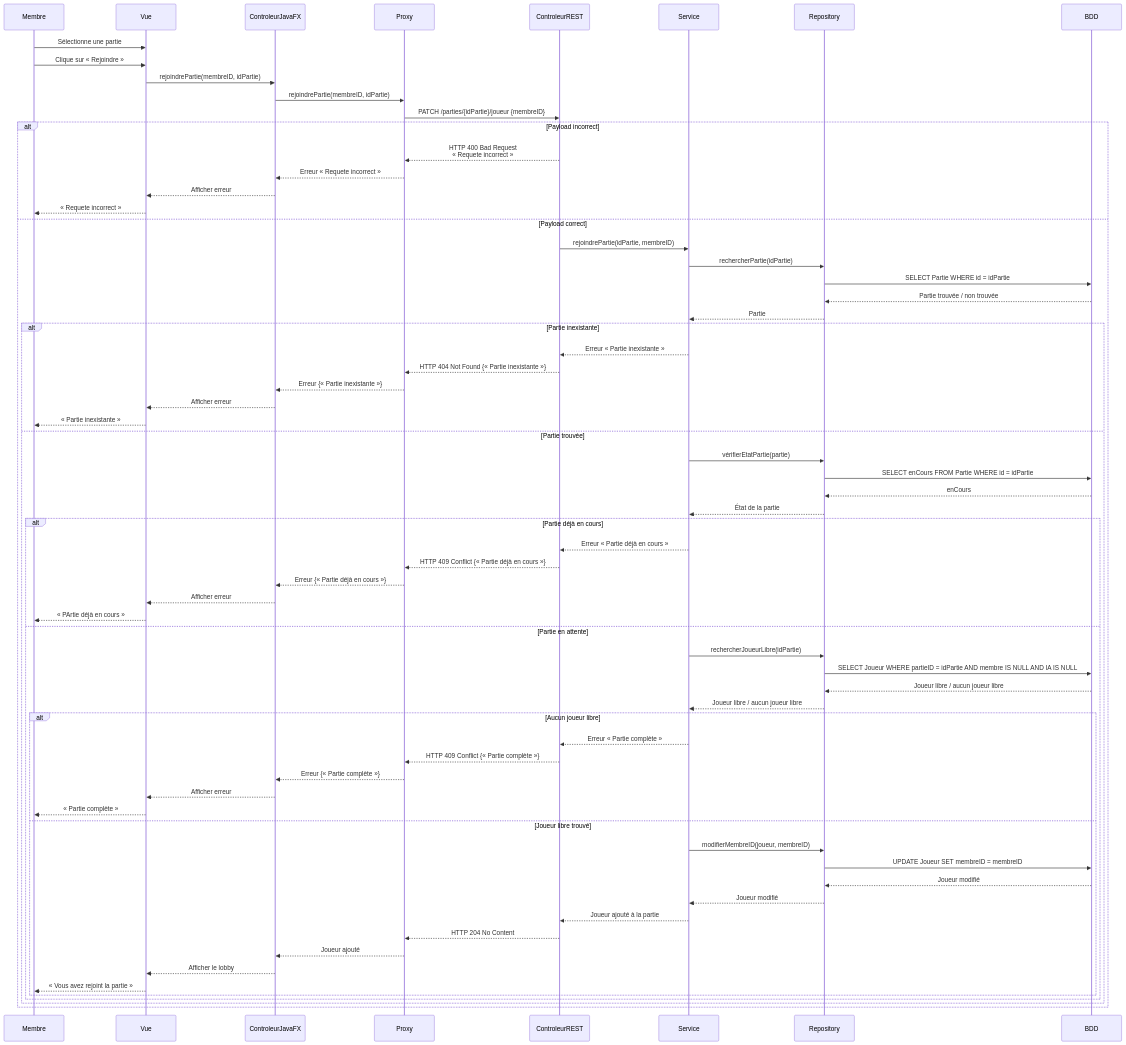
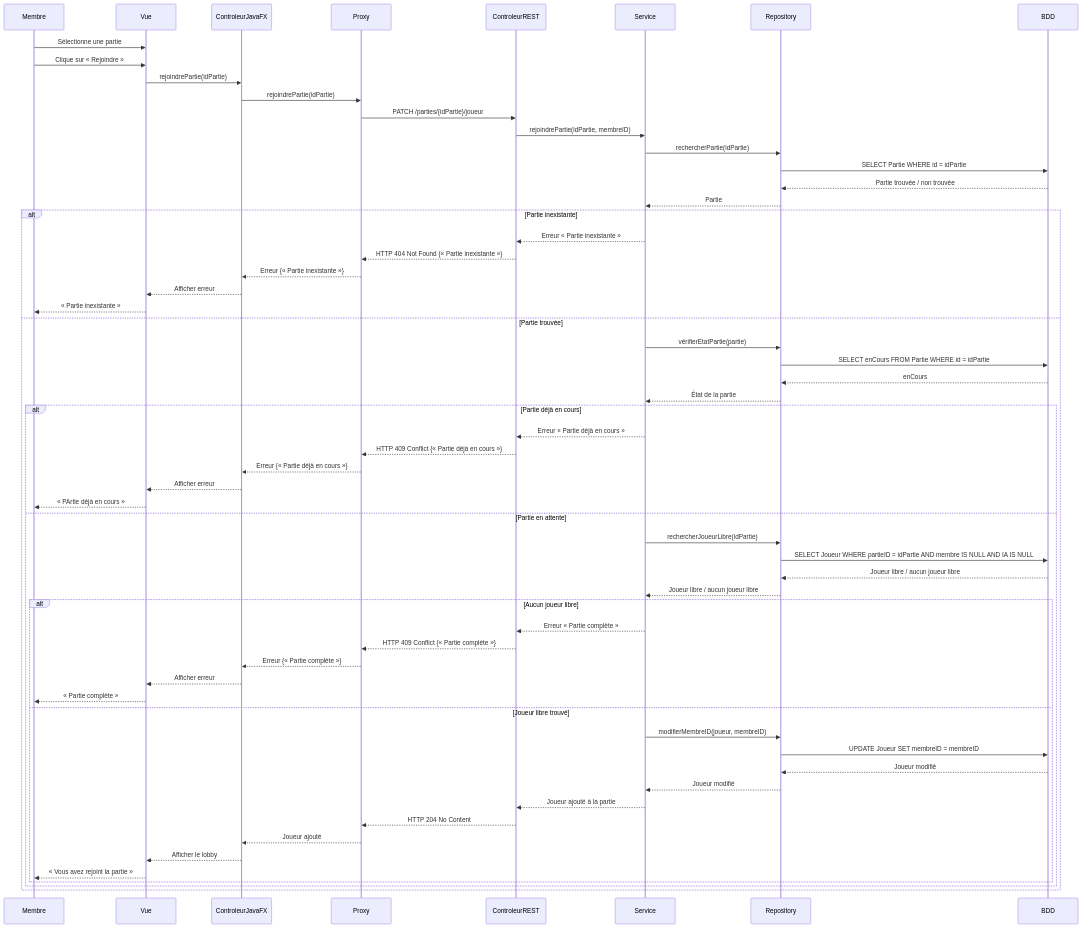
The diagram in Conception/diagrammes-sequence/rejoindre_partie.mmd (AbdelkaderCms/skull-groupe-2), drawn with Mermaid before and after one commit.

Commit message:
rejoindre_partie.mmd

```diff
--- a/Conception/diagrammes-sequence/rejoindre_partie.mmd
+++ b/Conception/diagrammes-sequence/rejoindre_partie.mmd
@@ -1,79 +1,71 @@
 sequenceDiagram
     participant Membre
     participant Vue
     participant ControleurJavaFX
     participant Proxy
     participant ControleurREST
     participant Service
     participant Repository
     participant BDD
 
     Membre->>Vue: Sélectionne une partie
     Membre->>Vue: Clique sur « Rejoindre »
 
-    Vue->>ControleurJavaFX: rejoindrePartie(membreID, idPartie)
-    ControleurJavaFX->>Proxy: rejoindrePartie(membreID, idPartie)
-    Proxy->>ControleurREST: PATCH /parties/{idPartie}/joueur {membreID}
+    Vue->>ControleurJavaFX: rejoindrePartie(idPartie)
+    ControleurJavaFX->>Proxy: rejoindrePartie(idPartie)
+    Proxy->>ControleurREST: PATCH /parties/{idPartie}/joueur
 
-    alt Payload incorrect
-        ControleurREST-->>Proxy: HTTP 400 Bad Request<br/>« Requete incorrect »
-        Proxy-->>ControleurJavaFX: Erreur « Requete incorrect »
+    ControleurREST->>Service: rejoindrePartie(idPartie, membreID)
+
+    Service->>Repository: rechercherPartie(idPartie)
+    Repository->>BDD: SELECT Partie WHERE id = idPartie
+    BDD-->>Repository: Partie trouvée / non trouvée
+    Repository-->>Service: Partie
+
+    alt Partie inexistante
+        Service-->>ControleurREST: Erreur « Partie inexistante »
+        ControleurREST-->>Proxy: HTTP 404 Not Found {« Partie inexistante »}
+        Proxy-->>ControleurJavaFX: Erreur {« Partie inexistante »}
         ControleurJavaFX-->>Vue: Afficher erreur
-        Vue-->>Membre: « Requete incorrect »
+        Vue-->>Membre: « Partie inexistante »
 
-    else Payload correct
-        ControleurREST->>Service: rejoindrePartie(idPartie, membreID)
+    else Partie trouvée
+        Service->>Repository: vérifierEtatPartie(partie)
+        Repository->>BDD: SELECT enCours FROM Partie WHERE id = idPartie
+        BDD-->>Repository: enCours
+        Repository-->>Service: État de la partie
 
-        Service->>Repository: rechercherPartie(idPartie)
-        Repository->>BDD: SELECT Partie WHERE id = idPartie
-        BDD-->>Repository: Partie trouvée / non trouvée
-        Repository-->>Service: Partie
+        alt Partie déjà en cours
+            Service-->>ControleurREST: Erreur « Partie déjà en cours »
+            ControleurREST-->>Proxy: HTTP 409 Conflict {« Partie déjà en cours »}
+            Proxy-->>ControleurJavaFX: Erreur {« Partie déjà en cours »}
+            ControleurJavaFX-->>Vue: Afficher erreur
+            Vue-->>Membre: « PArtie déjà en cours »
 
-        alt Partie inexistante
-            Service-->>ControleurREST: Erreur « Partie inexistante »
-            ControleurREST-->>Proxy: HTTP 404 Not Found {« Partie inexistante »}
-            Proxy-->>ControleurJavaFX: Erreur {« Partie inexistante »}
-            ControleurJavaFX-->>Vue: Afficher erreur
-            Vue-->>Membre: « Partie inexistante »
+        else Partie en attente
+            Service->>Repository: rechercherJoueurLibre(idPartie)
+            Repository->>BDD: SELECT Joueur WHERE partieID = idPartie AND membre IS NULL AND IA IS NULL
+            BDD-->>Repository: Joueur libre / aucun joueur libre
+            Repository-->>Service: Joueur libre / aucun joueur libre
 
-        else Partie trouvée
-            Service->>Repository: vérifierEtatPartie(partie)
-            Repository->>BDD: SELECT enCours FROM Partie WHERE id = idPartie
-            BDD-->>Repository: enCours
-            Repository-->>Service: État de la partie
+            alt Aucun joueur libre
+                Service-->>ControleurREST: Erreur « Partie complète »
+                ControleurREST-->>Proxy: HTTP 409 Conflict {« Partie complète »}
+                Proxy-->>ControleurJavaFX: Erreur {« Partie complète »}
+                ControleurJavaFX-->>Vue: Afficher erreur
+                Vue-->>Membre: « Partie complète »
 
-            alt Partie déjà en cours
-                Service-->>ControleurREST: Erreur « Partie déjà en cours »
-                ControleurREST-->>Proxy: HTTP 409 Conflict {« Partie déjà en cours »}
-                Proxy-->>ControleurJavaFX: Erreur {« Partie déjà en cours »}
-                ControleurJavaFX-->>Vue: Afficher erreur
-                Vue-->>Membre: « PArtie déjà en cours »
+            else Joueur libre trouvé
+                Service->>Repository: modifierMembreID(joueur, membreID)
+                Repository->>BDD: UPDATE Joueur SET membreID = membreID
+                BDD-->>Repository: Joueur modifié
+                Repository-->>Service: Joueur modifié
 
-            else Partie en attente
-                Service->>Repository: rechercherJoueurLibre(idPartie)
-                Repository->>BDD: SELECT Joueur WHERE partieID = idPartie AND membre IS NULL AND IA IS NULL
-                BDD-->>Repository: Joueur libre / aucun joueur libre
-                Repository-->>Service: Joueur libre / aucun joueur libre
-
-                alt Aucun joueur libre
-                    Service-->>ControleurREST: Erreur « Partie complète »
-                    ControleurREST-->>Proxy: HTTP 409 Conflict {« Partie complète »}
-                    Proxy-->>ControleurJavaFX: Erreur {« Partie complète »}
-                    ControleurJavaFX-->>Vue: Afficher erreur
-                    Vue-->>Membre: « Partie complète »
-
-                else Joueur libre trouvé
-                    Service->>Repository: modifierMembreID(joueur, membreID)
-                    Repository->>BDD: UPDATE Joueur SET membreID = membreID
-                    BDD-->>Repository: Joueur modifié
-                    Repository-->>Service: Joueur modifié
-
-                    Service-->>ControleurREST: Joueur ajouté à la partie
-                    ControleurREST-->>Proxy: HTTP 204 No Content
-                    Proxy-->>ControleurJavaFX: Joueur ajouté
-                    ControleurJavaFX-->>Vue: Afficher le lobby
-                    Vue-->>Membre: « Vous avez rejoint la partie »
-                end
+                Service-->>ControleurREST: Joueur ajouté à la partie
+                ControleurREST-->>Proxy: HTTP 204 No Content
+                Proxy-->>ControleurJavaFX: Joueur ajouté
+                ControleurJavaFX-->>Vue: Afficher le lobby
+                Vue-->>Membre: « Vous avez rejoint la partie »
             end
         end
     end
```
